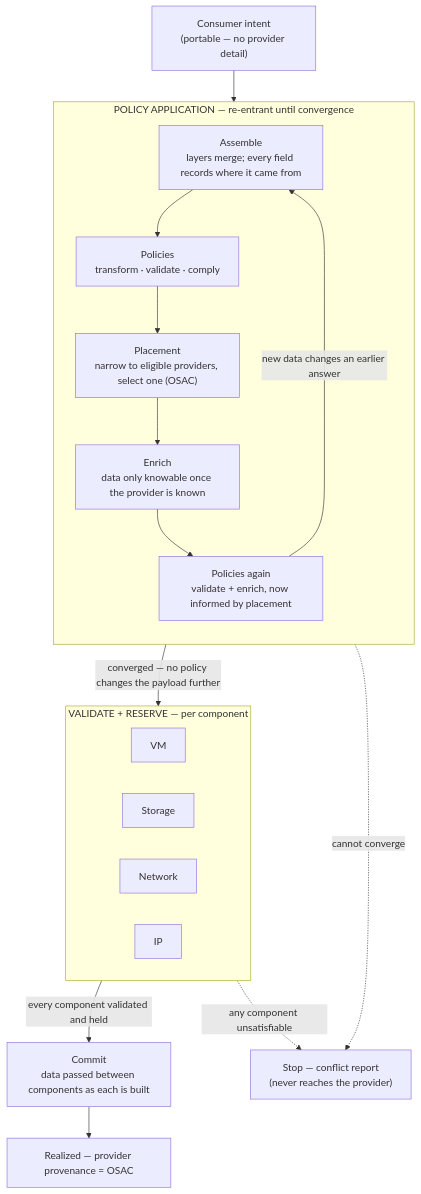
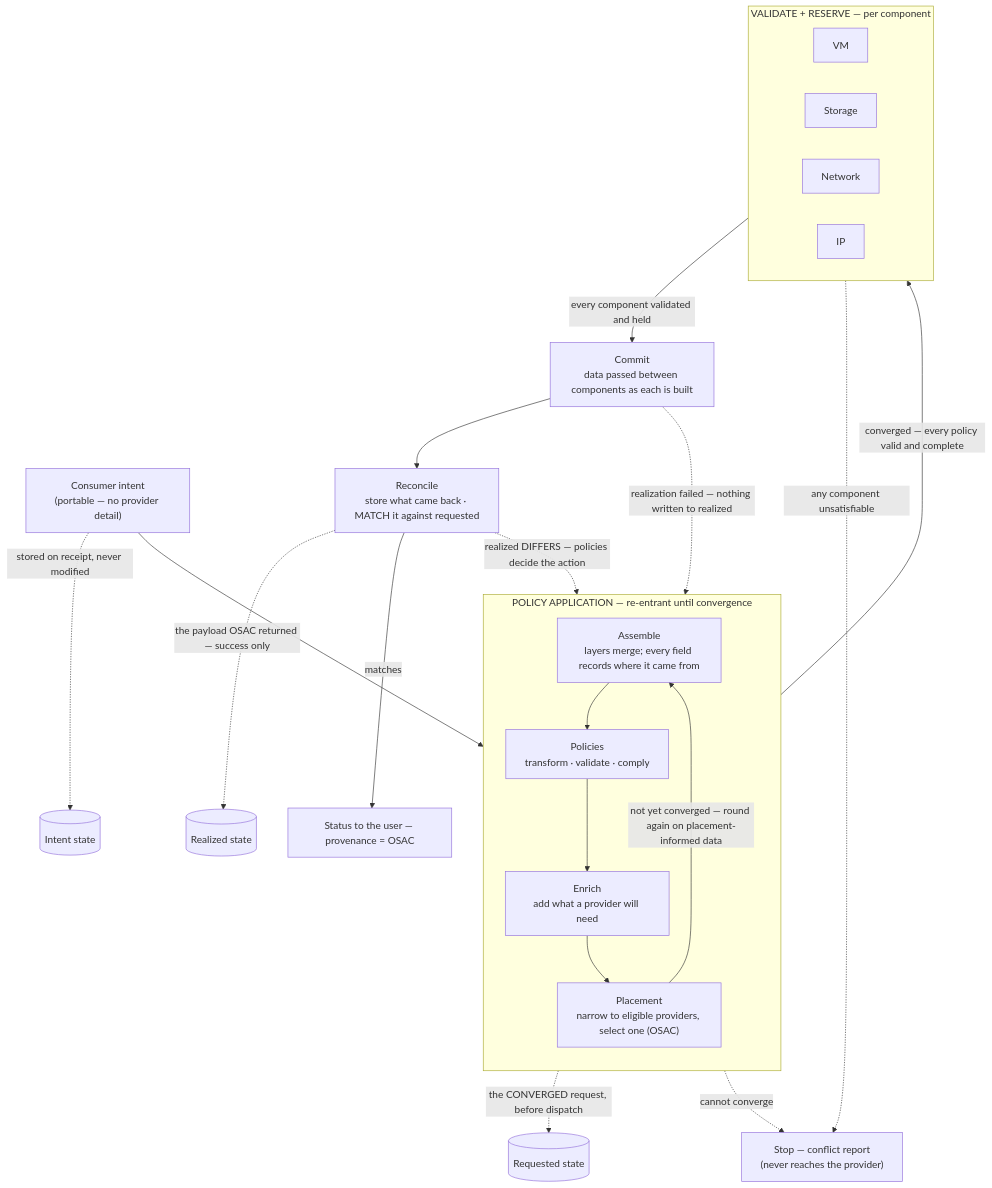
Before and after one commit to croadfeldt/udlm: the diagram in docs/flows/uc-04-vm-intent-osac-placement.md, drawn with Mermaid. The commit also changed other lines of this file and 2 other files, not shown here.

First line of the commit message:
docs(flows): the loop is assemble/validate/enrich/PLACE; three stores; policy engaged three times

````diff
--- a/docs/flows/uc-04-vm-intent-osac-placement.md
+++ b/docs/flows/uc-04-vm-intent-osac-placement.md
@@ -31,30 +31,36 @@
 ```mermaid
 flowchart TD
   I["Consumer intent<br/>(portable — no provider detail)"] --> CONV
 
   subgraph CONV["POLICY APPLICATION — re-entrant until convergence"]
     direction TB
     A["Assemble<br/>layers merge; every field records where it came from"]
     A --> PO["Policies<br/>transform · validate · comply"]
-    PO --> PL["Placement<br/>narrow to eligible providers, select one (OSAC)"]
-    PL --> EN["Enrich<br/>data only knowable once the provider is known"]
-    EN --> PO2["Policies again<br/>validate + enrich, now informed by placement"]
-    PO2 -->|"new data changes an earlier answer"| A
+    PO --> EN["Enrich<br/>add what a provider will need"]
+    EN --> PL["Placement<br/>narrow to eligible providers, select one (OSAC)"]
+    PL -->|"not yet converged — round again on placement-informed data"| A
   end
 
-  CONV -->|"converged — no policy changes the payload further"| VR
+  I -.->|"stored on receipt, never modified"| DI[("Intent state")]
+  CONV -.->|"the CONVERGED request, before dispatch"| DR[("Requested state")]
+
+  CONV -->|"converged — every policy valid and complete"| VR
 
   subgraph VR["VALIDATE + RESERVE — per component"]
     direction LR
     CVM["VM"]
     CST["Storage"]
     CNW["Network"]
     CIP["IP"]
   end
 
   VR -->|"every component validated and held"| CM["Commit<br/>data passed between components as each is built"]
-  CM --> R["Realized — provider provenance = OSAC"]
+  CM --> RC["Reconcile<br/>store what came back · MATCH it against requested"]
+  RC -.->|"the payload OSAC returned — success only"| DZ[("Realized state")]
+  RC -->|"matches"| R["Status to the user — provenance = OSAC"]
+  RC -.->|"realized DIFFERS — policies decide the action"| CONV
+  CM -. "realization failed — nothing written to realized" .-> CONV
 
   CONV -.->|"cannot converge"| X["Stop — conflict report<br/>(never reaches the provider)"]
   VR -.->|"any component unsatisfiable"| X
 ```
````
